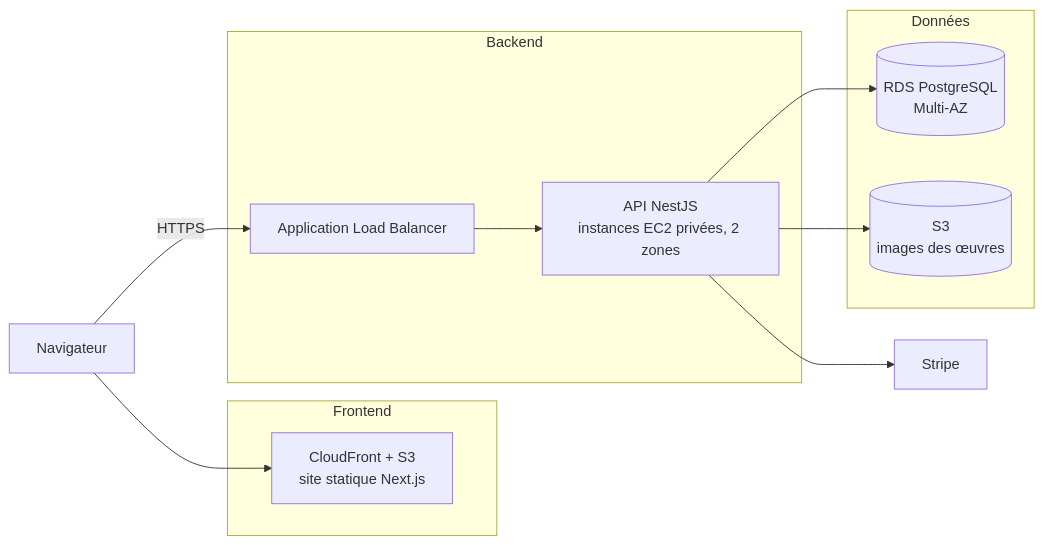
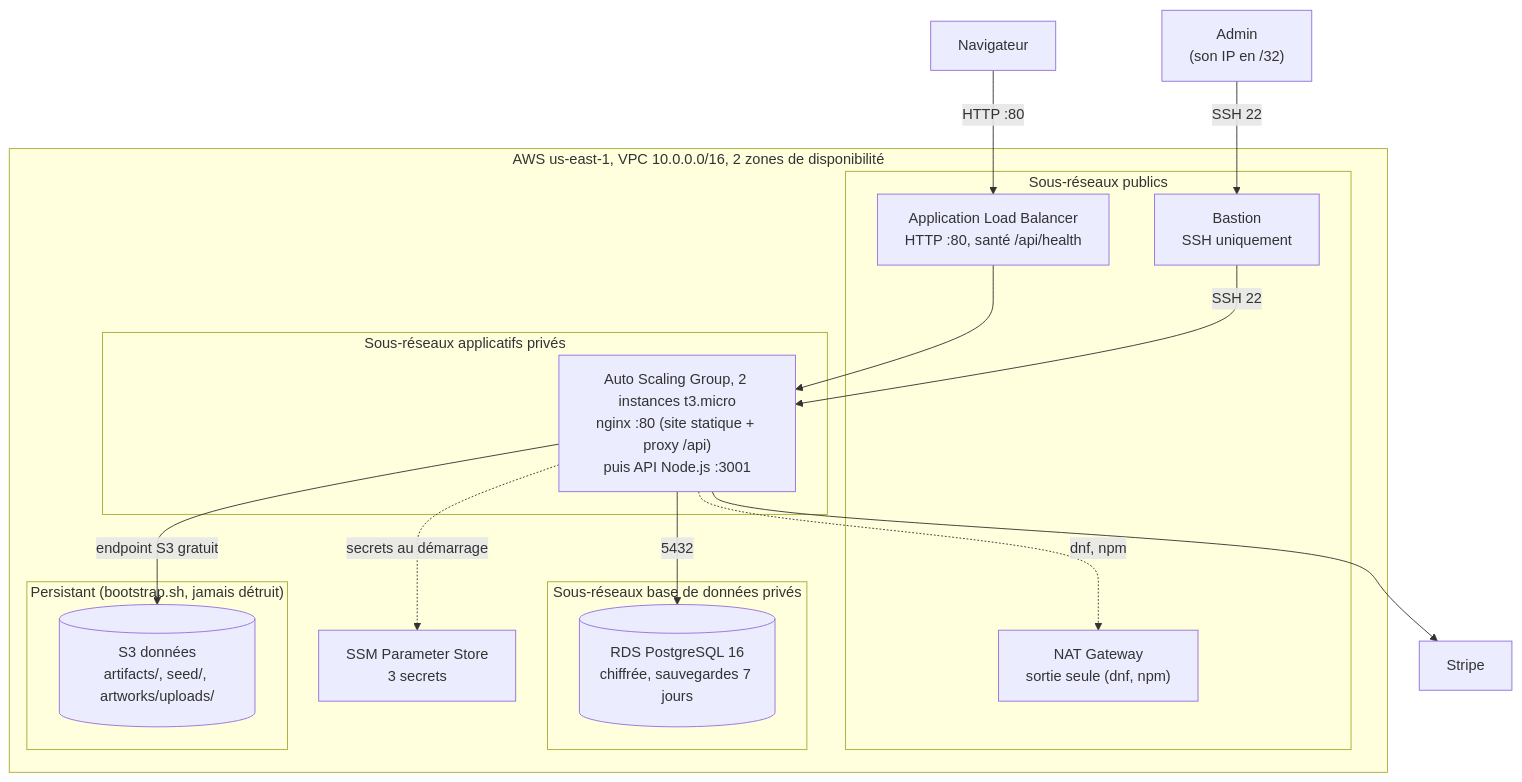
The diagram in README.md (AjmiOns/art-gallery-aws), drawn with Mermaid before and after one commit. The commit also changed other lines of this file, not shown here.

Commit message:
docs: update root README with the built v3 architecture

````diff
--- a/README.md
+++ b/README.md
@@ -47,27 +51,35 @@
 ```mermaid
-flowchart LR
+flowchart TB
     U["Navigateur"]
+    ADM["Admin<br/>(son IP en /32)"]
 
-    subgraph FE["Frontend"]
-        CF["CloudFront + S3<br/>site statique Next.js"]
-    end
-
-    subgraph BE["Backend"]
-        ALB["Application Load Balancer"]
-        API["API NestJS<br/>instances EC2 privées, 2 zones"]
-    end
-
-    subgraph DATA["Données"]
-        RDS[("RDS PostgreSQL<br/>Multi-AZ")]
-        S3[("S3<br/>images des œuvres")]
+    subgraph AWS["AWS us-east-1, VPC 10.0.0.0/16, 2 zones de disponibilité"]
+        subgraph PUB["Sous-réseaux publics"]
+            ALB["Application Load Balancer<br/>HTTP :80, santé /api/health"]
+            BAST["Bastion<br/>SSH uniquement"]
+            NAT["NAT Gateway<br/>sortie seule (dnf, npm)"]
+        end
+        subgraph APP["Sous-réseaux applicatifs privés"]
+            EC2["Auto Scaling Group, 2 instances t3.micro<br/>nginx :80 (site statique + proxy /api)<br/>puis API Node.js :3001"]
+        end
+        subgraph DB["Sous-réseaux base de données privés"]
+            RDS[("RDS PostgreSQL 16<br/>chiffrée, sauvegardes 7 jours")]
+        end
+        SSM["SSM Parameter Store<br/>3 secrets"]
+        subgraph PERS["Persistant (bootstrap.sh, jamais détruit)"]
+            S3[("S3 données<br/>artifacts/, seed/, artworks/uploads/")]
+        end
     end
 
     STRIPE["Stripe"]
 
-    U --> CF
-    U -->|HTTPS| ALB
-    ALB --> API
-    API --> RDS
-    API --> S3
-    API --> STRIPE
+    U -->|"HTTP :80"| ALB
+    ALB --> EC2
+    ADM -->|"SSH 22"| BAST
+    BAST -->|"SSH 22"| EC2
+    EC2 -->|"5432"| RDS
+    EC2 -->|"endpoint S3 gratuit"| S3
+    EC2 -.->|"dnf, npm"| NAT
+    EC2 -.->|"secrets au démarrage"| SSM
+    EC2 --> STRIPE
 ```
````
